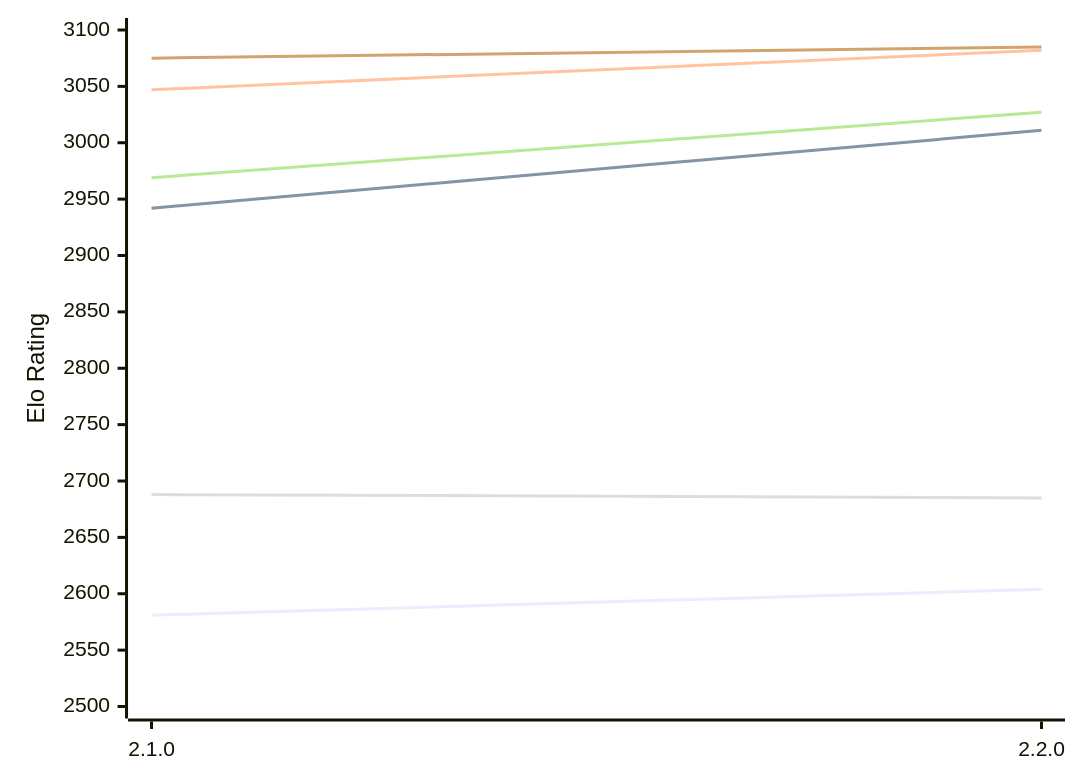
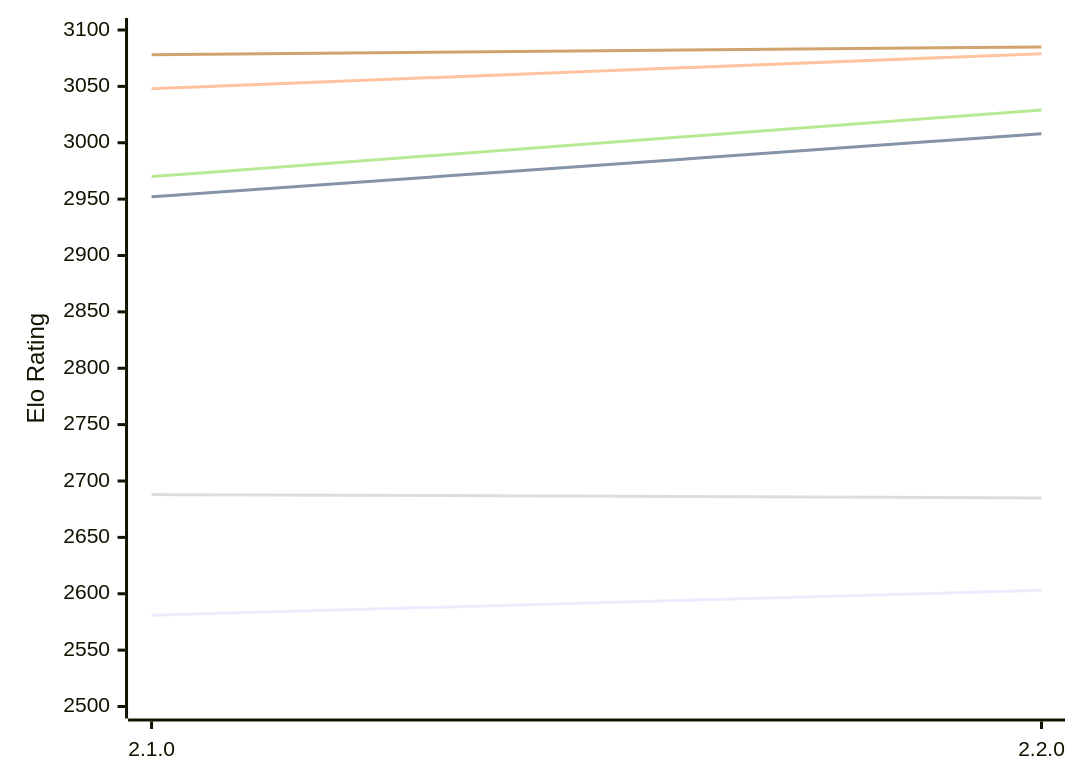
Before and after one commit to computer-chess-index/cci: the first of 2 diagrams in engines/Aspen.md, drawn with Mermaid. The commit also changed other lines of this file, not shown here.

Commit message:
Update CCI Ratings (ELO VLTC) - 2026-11-27

````diff
--- a/engines/Aspen.md
+++ b/engines/Aspen.md
@@ -52,12 +52,12 @@
 ```mermaid
 %%{init: {"theme":"base","themeVariables":{"seriesColors:['#a3a3a3','#222221','#faa371']}}}%%
 xychart-beta
   x-axis ["2.1.0", "2.2.0"]
   y-axis "Elo Rating" 2500 --> 3100
-  line "E1: STC (8.0+0.08s)" [2581, 2604]
-  line "E1: LTC (60.0+0.60s)" [2942, 3011]
-  line "E1: VLTC (2m24s+1.12s)" [3047, 3082]
+  line "E1: STC (8.0+0.08s)" [2581, 2603]
+  line "E1: LTC (60.0+0.60s)" [2952, 3008]
+  line "E1: VLTC (2m24s+1.12s)" [3048, 3079]
   line "P1: STC (8.0+0.08s)" [2688, 2685]
-  line "P1: LTC (60.0+0.60s)" [2969, 3027]
-  line "P1: VLTC (2m24s+1.12s)" [3075, 3085]
+  line "P1: LTC (60.0+0.60s)" [2970, 3029]
+  line "P1: VLTC (2m24s+1.12s)" [3078, 3085]
 ```
````
